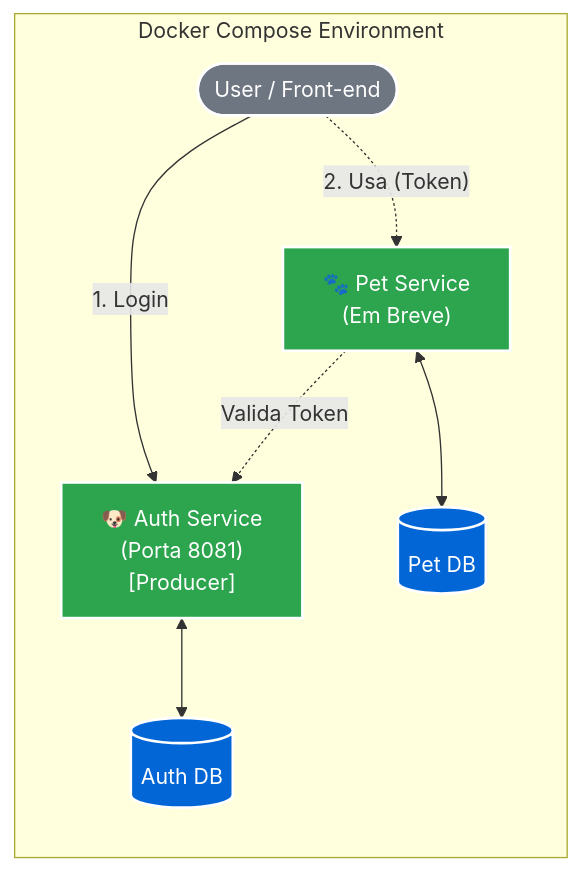
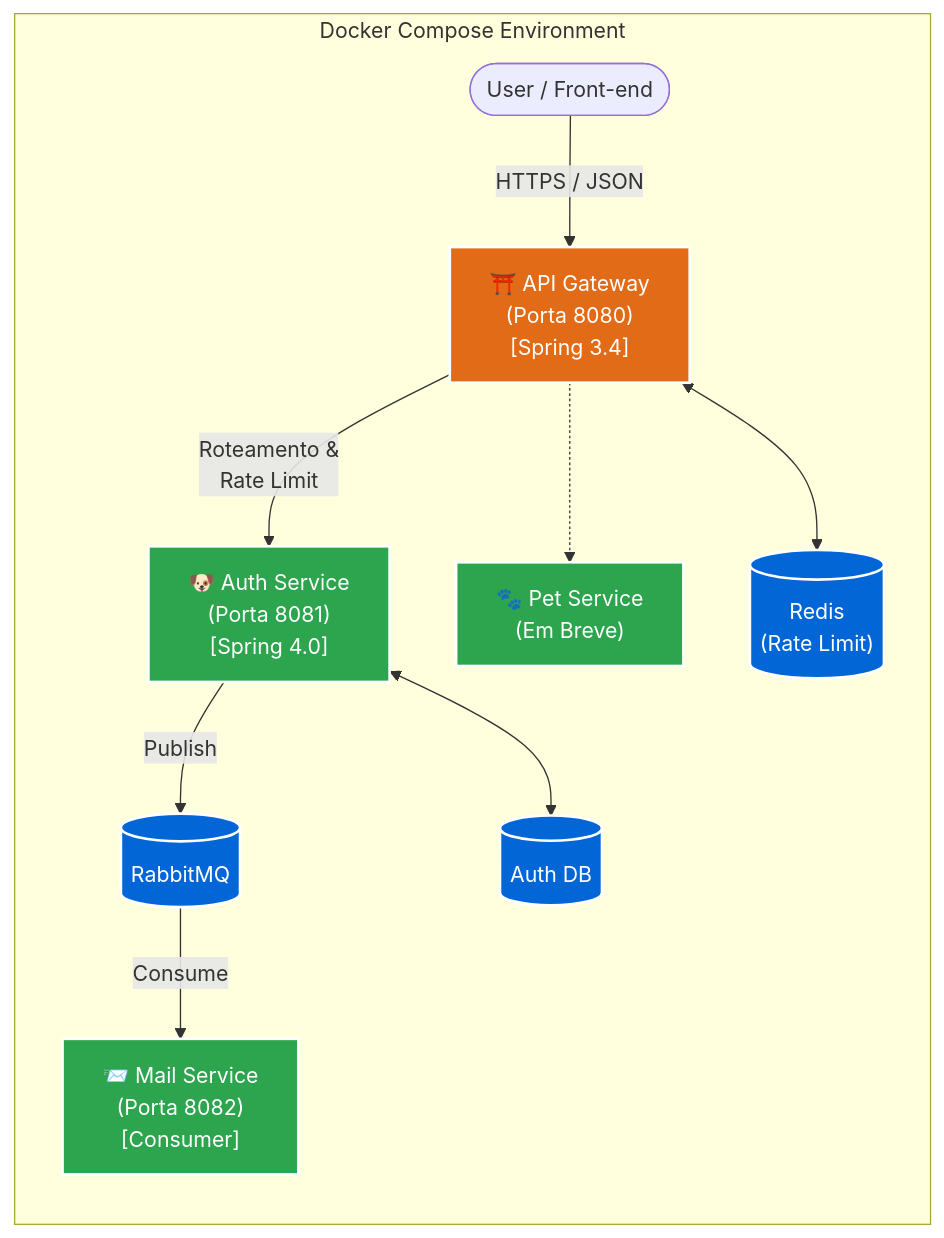
The diagram in README.md (iXDGabrielTK/petshop-microservices), drawn with Mermaid before and after one commit. The commit also changed other lines of this file and 20 other files, not shown here.

First line of the commit message:
feat(arch): stabilize api-gateway via hybrid architecture and finalize observability

````diff
--- a/README.md
+++ b/README.md
@@ -21,38 +21,44 @@
 ```mermaid
-
 graph LR
     User(["User / Front-end"])
     
     subgraph Docker["Docker Compose Environment"]
         direction TB
         
+        %% Gateway
+        Gateway["⛩️ API Gateway<br/>(Porta 8080)<br/>[Spring 3.4]"]
+        
         %% Serviços
-        Auth["🐶 Auth Service<br/>(Porta 8081)<br/>[Producer]"]
+        Auth["🐶 Auth Service<br/>(Porta 8081)<br/>[Spring 4.0]"]
+        Mail["📨 Mail Service<br/>(Porta 8082)<br/>[Consumer]"]
         Pet["🐾 Pet Service<br/>(Em Breve)"]
         
-        %% Bancos de Dados
+        %% Bancos & Infra
         AuthDB[("Auth DB")]
-        PetDB[("Pet DB")]
+        Redis[("Redis<br/>(Rate Limit)")]
+        Rabbit[("RabbitMQ")]
         
-        %% Fluxos do Usuário (Esquerda p/ Direita)
-        User -->|"1. Login"| Auth
-        User -.->|"2. Usa (Token)"| Pet
+        %% Fluxos
+        User -->|"HTTPS / JSON"| Gateway
+        Gateway -->|"Roteamento &<br/>Rate Limit"| Auth
+        Gateway -.-> Pet
         
-        %% Persistência (Serviço p/ Banco)
+        %% Comunicação Interna
+        Auth -->|"Publish"| Rabbit
+        Rabbit -->|"Consume"| Mail
+        
+        %% Persistência
         Auth <--> AuthDB
-        Pet <--> PetDB
-        
-        %% Comunicação Interna (Pet chama Auth)
-        Pet -.->|"Valida Token"| Auth
+        Gateway <--> Redis
     end
 
-    %% Estilização (Cores do GitHub)
+    %% Estilização
+    classDef gateway fill:#e16b16,stroke:#fff,stroke-width:2px,color:white;
     classDef service fill:#2da44e,stroke:#fff,stroke-width:2px,color:white;
-    classDef db fill:#0366d6,stroke:#fff,stroke-width:2px,color:white;
-    classDef user fill:#6e7681,stroke:#fff,stroke-width:2px,color:white;
+    classDef infra fill:#0366d6,stroke:#fff,stroke-width:2px,color:white;
     
-    class Auth,Pet service;
-    class AuthDB,PetDB db;
-    class User user;
+    class Gateway gateway;
+    class Auth,Mail,Pet service;
+    class AuthDB,Redis,Rabbit infra;
     
 ```
````
